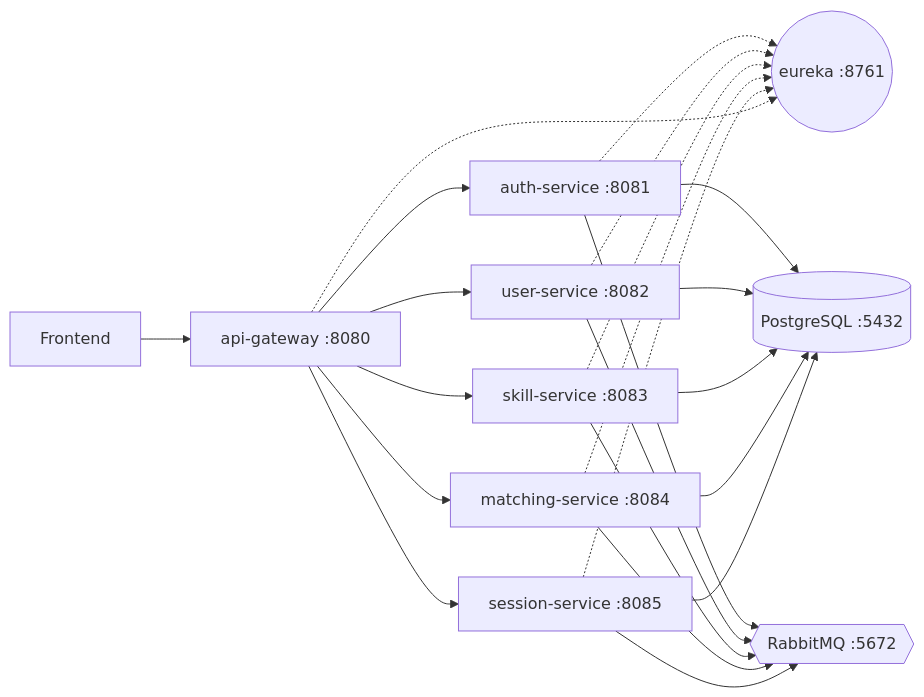
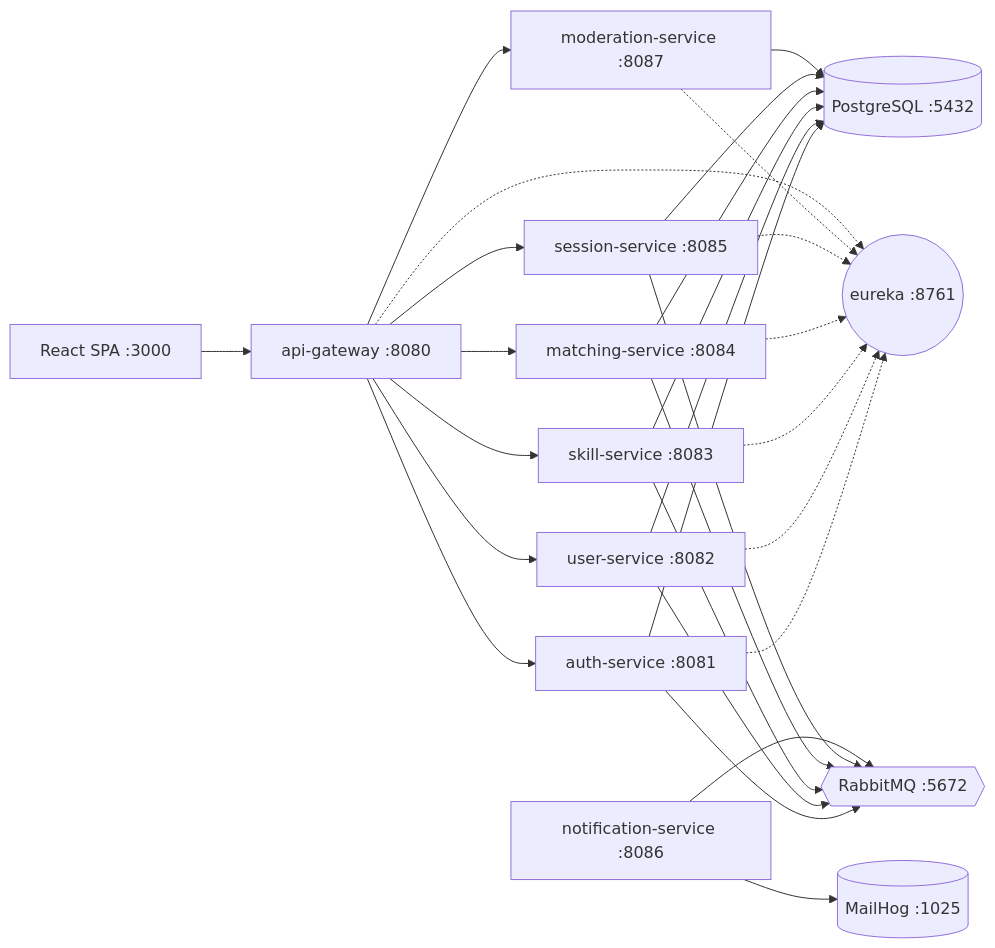
The diagram in README.md (Frodlik/skillswap-platform), drawn with Mermaid before and after one commit. The commit also changed other lines of this file and 11 other files, not shown here.

````diff
--- a/README.md
+++ b/README.md
@@ -14,28 +21,33 @@
 ```mermaid
 graph LR
-    UI[Frontend] --> GW[api-gateway :8080]
+    UI[React SPA :3000] --> GW[api-gateway :8080]
     GW --> AUTH[auth-service :8081]
     GW --> USR[user-service :8082]
     GW --> SKL[skill-service :8083]
     GW --> MAT[matching-service :8084]
     GW --> SES[session-service :8085]
+    GW --> MOD[moderation-service :8087]
 
     AUTH -.-> EUR((eureka :8761))
     USR -.-> EUR
     SKL -.-> EUR
     MAT -.-> EUR
     SES -.-> EUR
+    MOD -.-> EUR
     GW -.-> EUR
 
     AUTH --> PG[(PostgreSQL :5432)]
     USR --> PG
     SKL --> PG
     MAT --> PG
     SES --> PG
+    MOD --> PG
 
     AUTH --> MQ{{RabbitMQ :5672}}
     USR --> MQ
     SKL --> MQ
     MAT --> MQ
     SES --> MQ
+    NOTIF[notification-service :8086] --> MQ
+    NOTIF --> SMTP[(MailHog :1025)]
 ```
````
